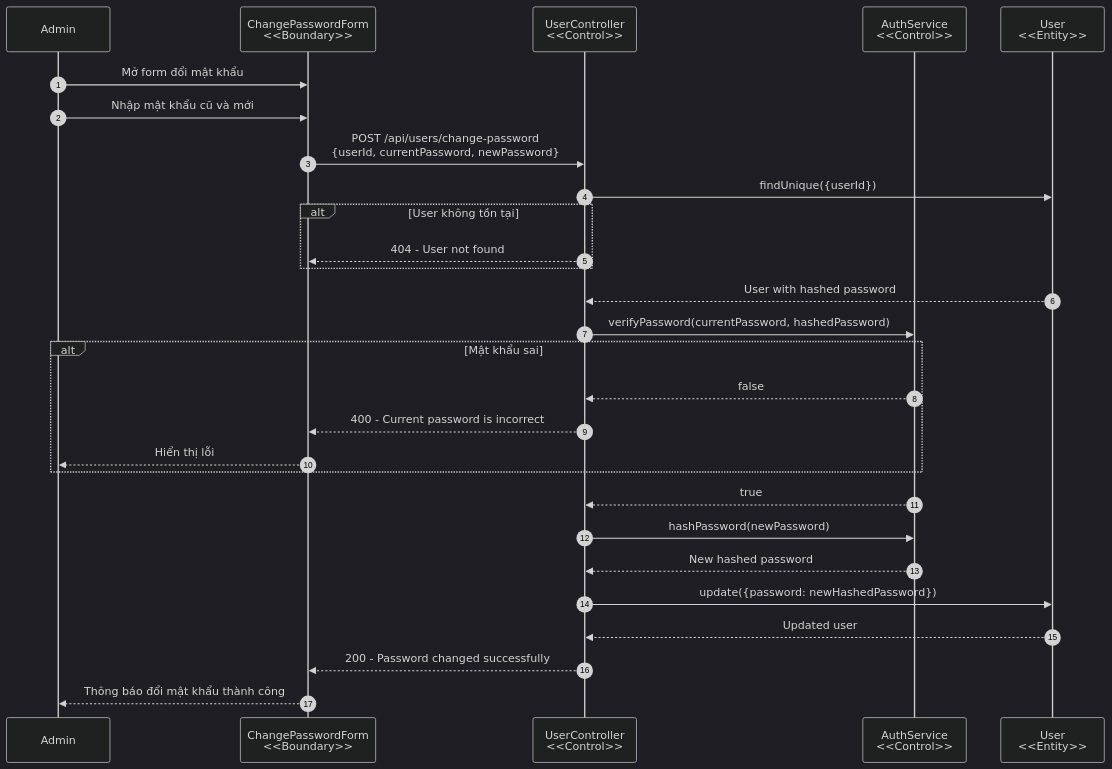
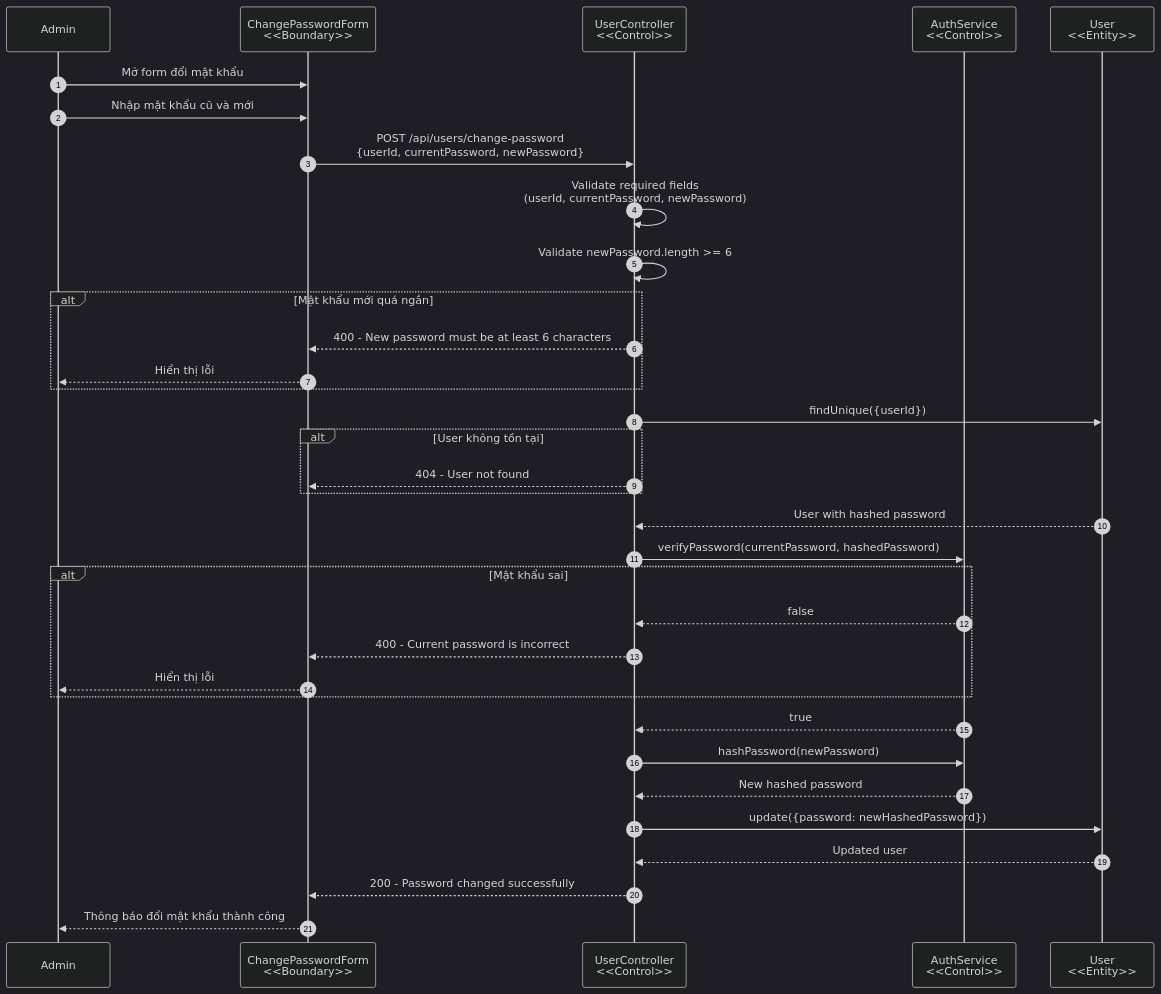
One commit to MinhNghia2010/Bluemoon changed diagram 23 of 25 in docs/sequence-diagrams.md. Above: the diagram before and after it, drawn with Mermaid. The commit also changed other lines of this file and 1 other file, not shown here.

````diff
--- a/docs/sequence-diagrams.md
+++ b/docs/sequence-diagrams.md
@@ -862,39 +881,47 @@
 ```mermaid
 %%{init: {'theme': 'dark'}}%%
 sequenceDiagram
     autonumber
     participant Admin as Admin
     participant View as ChangePasswordForm<br/><<Boundary>>
     participant Controller as UserController<br/><<Control>>
     participant AuthService as AuthService<br/><<Control>>
     participant Model as User<br/><<Entity>>
     
     Admin->>View: Mở form đổi mật khẩu
     Admin->>View: Nhập mật khẩu cũ và mới
     
     View->>Controller: POST /api/users/change-password<br/>{userId, currentPassword, newPassword}
+    
+    Controller->>Controller: Validate required fields<br/>(userId, currentPassword, newPassword)
+    
+    Controller->>Controller: Validate newPassword.length >= 6
+    alt Mật khẩu mới quá ngắn
+        Controller-->>View: 400 - New password must be at least 6 characters
+        View-->>Admin: Hiển thị lỗi
+    end
     
     Controller->>Model: findUnique({userId})
     alt User không tồn tại
         Controller-->>View: 404 - User not found
     end
     
     Model-->>Controller: User with hashed password
     
     Controller->>AuthService: verifyPassword(currentPassword, hashedPassword)
     alt Mật khẩu sai
         AuthService-->>Controller: false
         Controller-->>View: 400 - Current password is incorrect
         View-->>Admin: Hiển thị lỗi
     end
     
     AuthService-->>Controller: true
     Controller->>AuthService: hashPassword(newPassword)
     AuthService-->>Controller: New hashed password
     
     Controller->>Model: update({password: newHashedPassword})
     Model-->>Controller: Updated user
     
     Controller-->>View: 200 - Password changed successfully
     View-->>Admin: Thông báo đổi mật khẩu thành công
 ```
````
